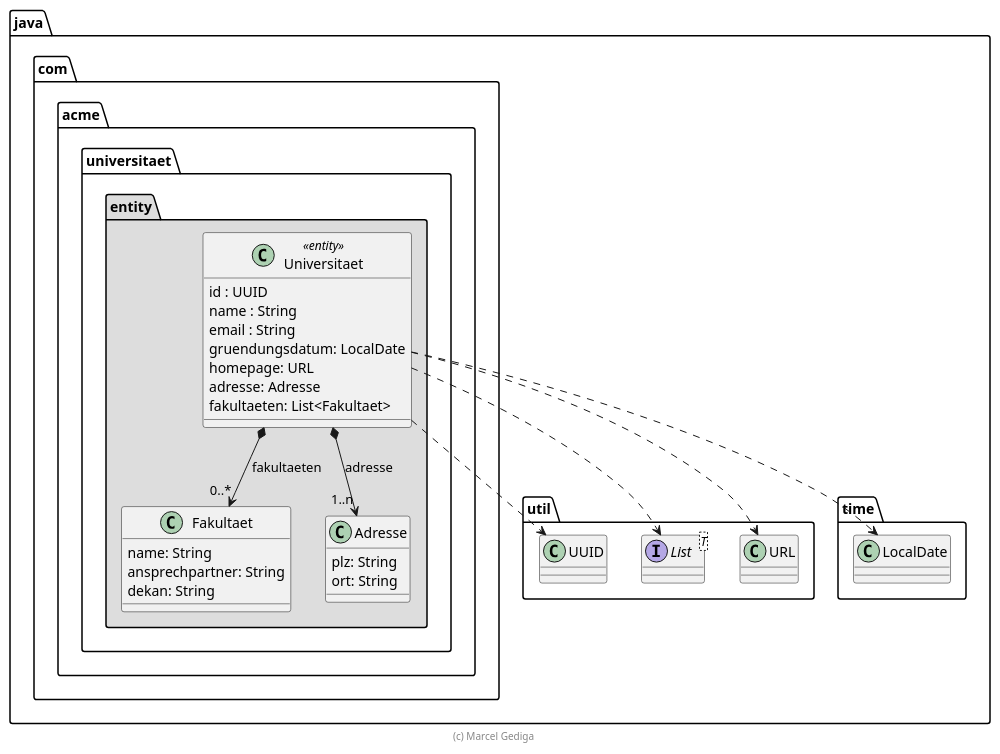
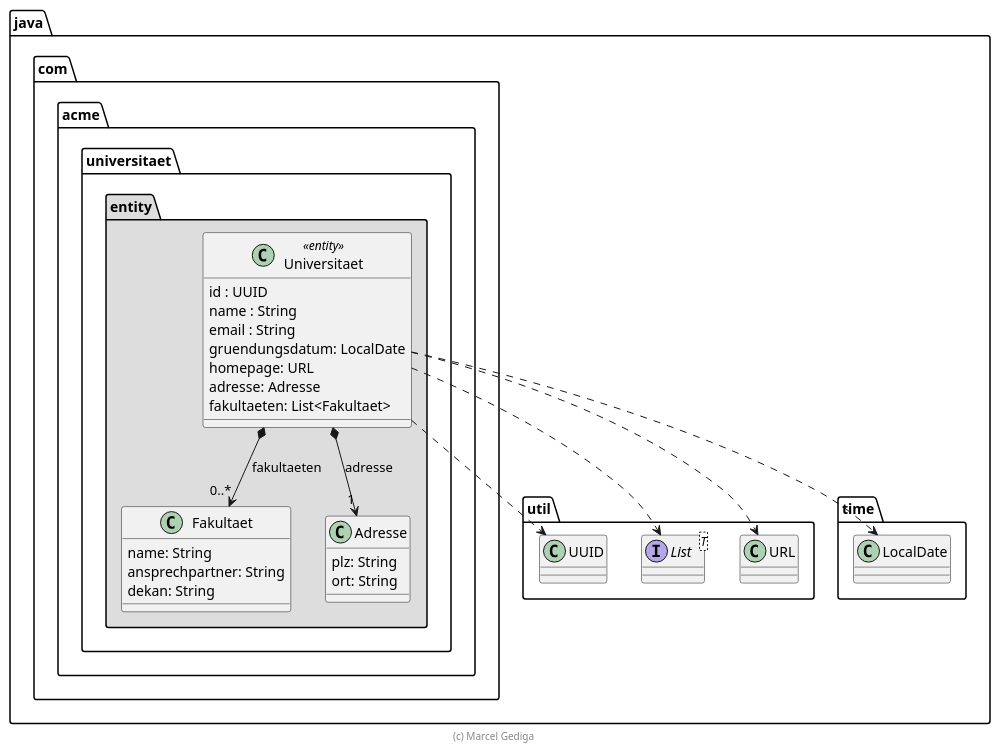
The diagram in extras/doc/Universitaet.plantuml (MarcelGediga/universitaet), drawn with PlantUML before and after one commit. The commit also changed 33 other files, not shown here.

```diff
--- a/extras/doc/Universitaet.plantuml
+++ b/extras/doc/Universitaet.plantuml
@@ -1,52 +1,52 @@
 @startuml Universitaet
 
 skinparam classAttributeIconSize 0
 ' skinparam monochrome true
 
 package java {
     package util {
         class UUID
         interface List<T>
         class URL
     }
 
     package time {
         class LocalDate
     }
 
 package com.acme.universitaet.entity #DDDDDD {
     class Fakultaet {
         name: String
         ansprechpartner: String
         dekan: String
     }
 
     class Adresse {
         plz: String
         ort: String
     }
 
     class Universitaet << entity >> {
         id : UUID
         name : String
         email : String
         gruendungsdatum: LocalDate
         homepage: URL
         adresse: Adresse
         fakultaeten: List<Fakultaet>
     }
 
     Universitaet *--> "0..*" Fakultaet : fakultaeten
-    Universitaet *--> "1..n" Adresse : adresse
+    Universitaet *--> "1" Adresse : adresse
 
     Universitaet ..> UUID
     Universitaet ..> LocalDate
     Universitaet ..> List
     Universitaet ..> URL
 }
 
 hide empty members
 
 footer (c) Marcel Gediga
 
 @enduml
```
